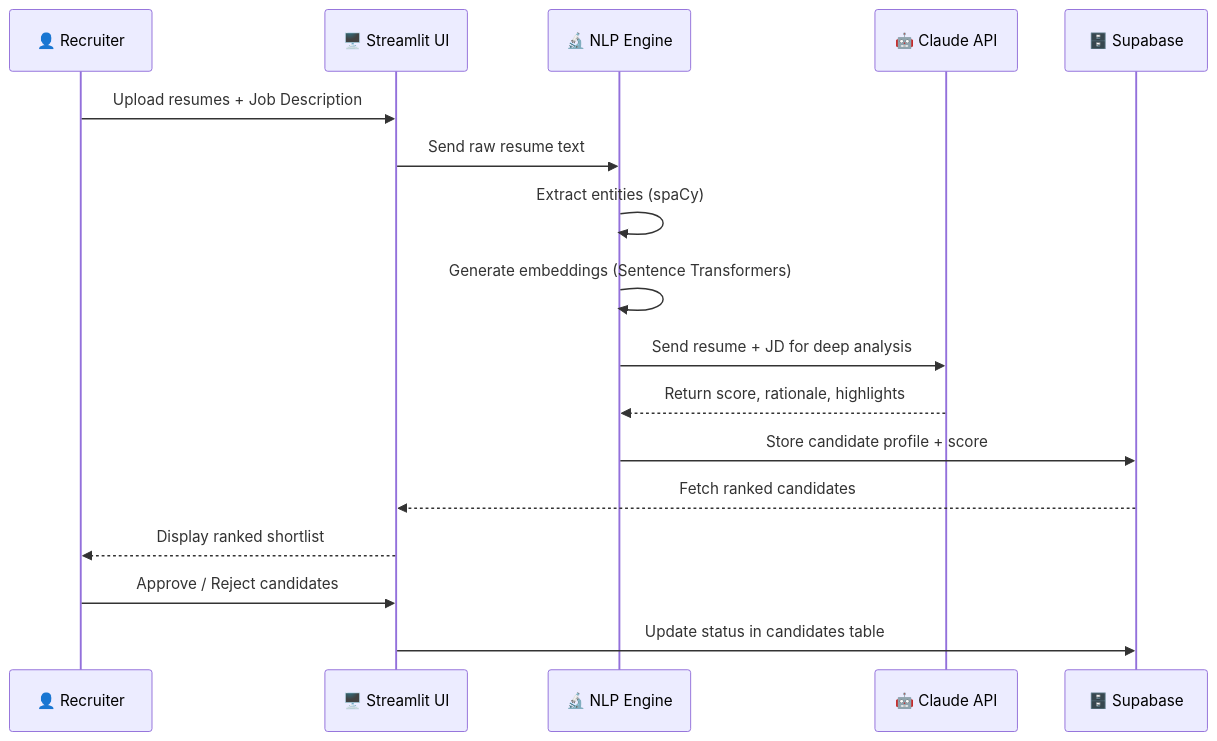
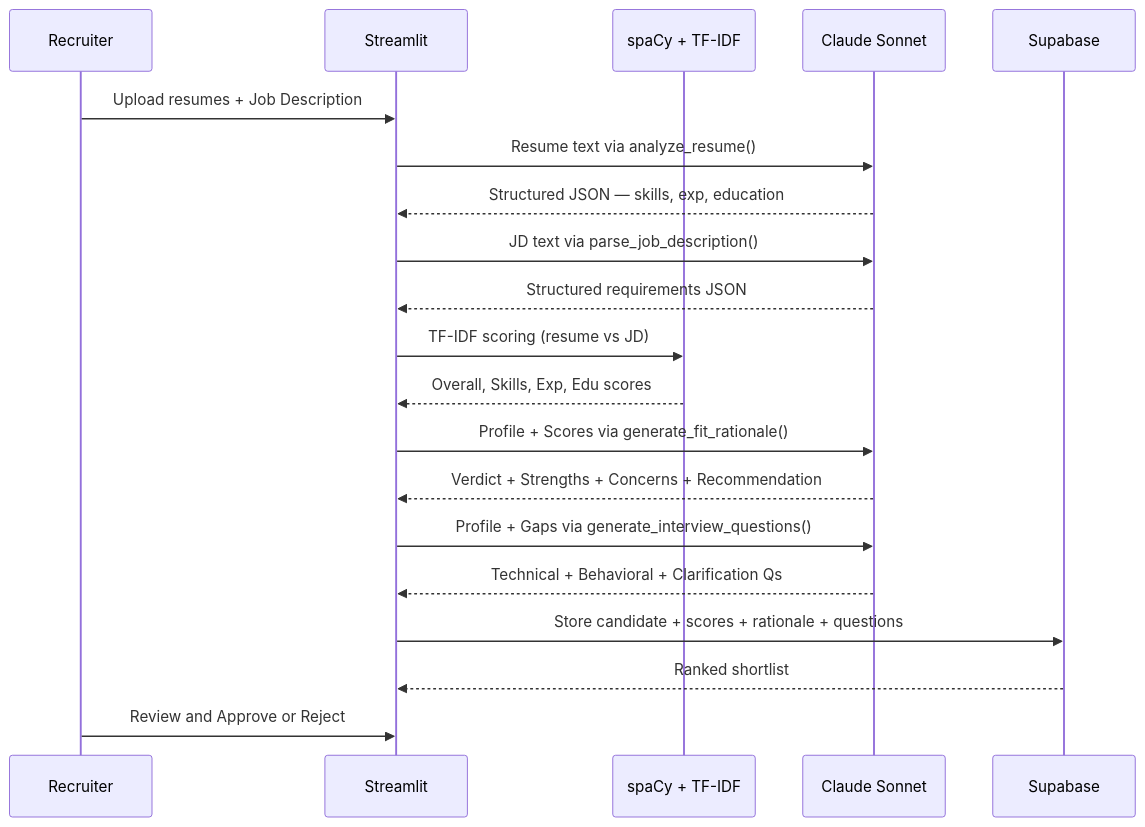
One commit to TiKkU12345/Resume-Ai-System- changed the second of 2 diagrams in README.md. Above: the diagram before and after it, drawn with Mermaid. The commit also changed other lines of this file, not shown here.

````diff
--- a/README.md
+++ b/README.md
@@ -93,20 +108,23 @@
 ```mermaid
 sequenceDiagram
-    participant R as 👤 Recruiter
-    participant UI as 🖥️ Streamlit UI
-    participant NLP as 🔬 NLP Engine
-    participant LLM as 🤖 Claude API
-    participant DB as 🗄️ Supabase
+    participant R as Recruiter
+    participant UI as Streamlit
+    participant NLP as spaCy + TF-IDF
+    participant LLM as Claude Sonnet
+    participant DB as Supabase
 
     R->>UI: Upload resumes + Job Description
-    UI->>NLP: Send raw resume text
-    NLP->>NLP: Extract entities (spaCy)
-    NLP->>NLP: Generate embeddings (Sentence Transformers)
-    NLP->>LLM: Send resume + JD for deep analysis
-    LLM-->>NLP: Return score, rationale, highlights
-    NLP->>DB: Store candidate profile + score
-    DB-->>UI: Fetch ranked candidates
-    UI-->>R: Display ranked shortlist
-    R->>UI: Approve / Reject candidates
-    UI->>DB: Update status in candidates table
+    UI->>LLM: Resume text via analyze_resume()
+    LLM-->>UI: Structured JSON — skills, exp, education
+    UI->>LLM: JD text via parse_job_description()
+    LLM-->>UI: Structured requirements JSON
+    UI->>NLP: TF-IDF scoring (resume vs JD)
+    NLP-->>UI: Overall, Skills, Exp, Edu scores
+    UI->>LLM: Profile + Scores via generate_fit_rationale()
+    LLM-->>UI: Verdict + Strengths + Concerns + Recommendation
+    UI->>LLM: Profile + Gaps via generate_interview_questions()
+    LLM-->>UI: Technical + Behavioral + Clarification Qs
+    UI->>DB: Store candidate + scores + rationale + questions
+    DB-->>UI: Ranked shortlist
+    R->>UI: Review and Approve or Reject
 ```
````
